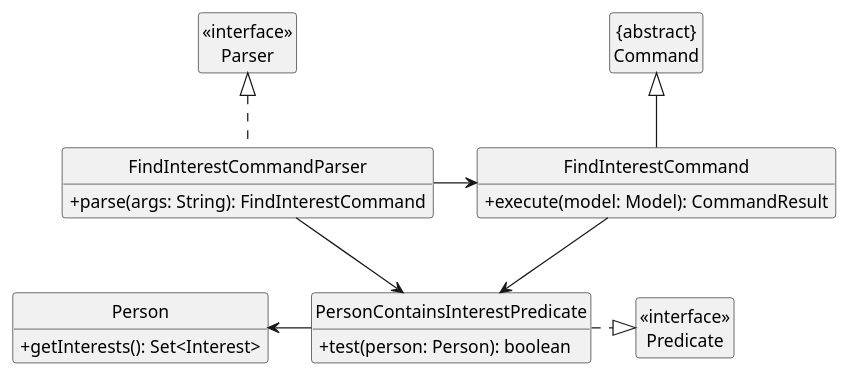
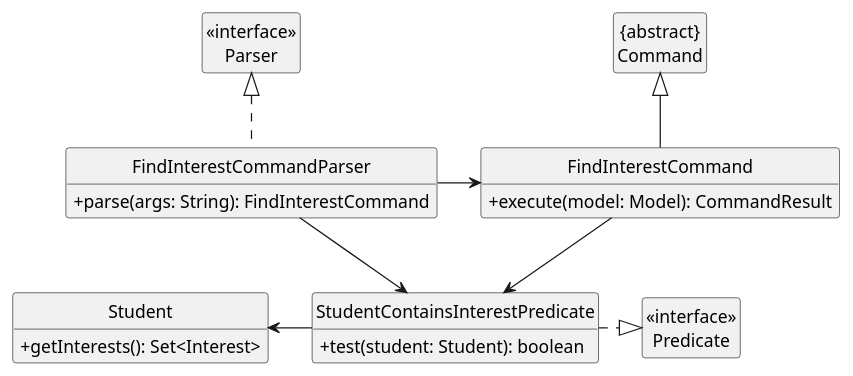
The diagram in docs/diagrams/FindInterestClassDiagram.puml (nus-cs2103-AY2223S1/tp), drawn with PlantUML before and after one commit. The commit also changed 161 other files, not shown here.

Commit message:
Replace Person to Student

```diff
--- a/docs/diagrams/FindInterestClassDiagram.puml
+++ b/docs/diagrams/FindInterestClassDiagram.puml
@@ -1,35 +1,35 @@
 @startuml
 skinparam classAttributeIconSize 0
 hide circle
 hide members
 show FindInterestCommandParser methods
 show FindInterestCommand methods
-show PersonContainsInterestPredicate methods
-show Person methods
+show StudentContainsInterestPredicate methods
+show Student methods
 
 Class "<<interface>>\nParser" as Parser
 Class "<<interface>>\nPredicate" as Predicate
 Class "{abstract}\nCommand" as Command
 
 Class FindInterestCommandParser {
   +parse(args: String): FindInterestCommand
 }
-Class PersonContainsInterestPredicate {
-  +test(person: Person): boolean
+Class StudentContainsInterestPredicate {
+  +test(student: Student): boolean
 }
 Class FindInterestCommand {
   +execute(model: Model): CommandResult
 }
-Class Person {
+Class Student {
   +getInterests(): Set<Interest>
 }
 
 Parser <|.. FindInterestCommandParser
-PersonContainsInterestPredicate .right.|> Predicate
-FindInterestCommandParser -right-> PersonContainsInterestPredicate
+StudentContainsInterestPredicate .right.|> Predicate
+FindInterestCommandParser -right-> StudentContainsInterestPredicate
 FindInterestCommandParser -right-> FindInterestCommand
-FindInterestCommand --> PersonContainsInterestPredicate
+FindInterestCommand --> StudentContainsInterestPredicate
 FindInterestCommand -up-|> Command
-PersonContainsInterestPredicate -left-> Person
+StudentContainsInterestPredicate -left-> Student
 
 @enduml
```
